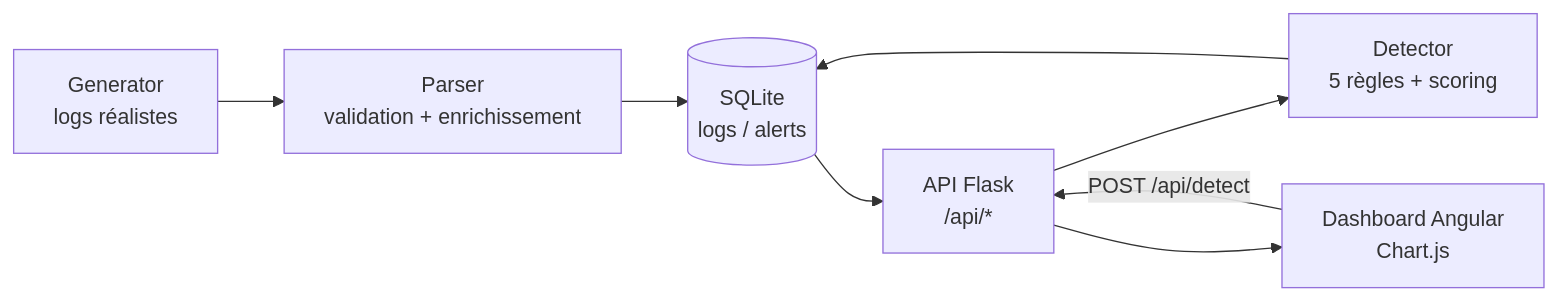
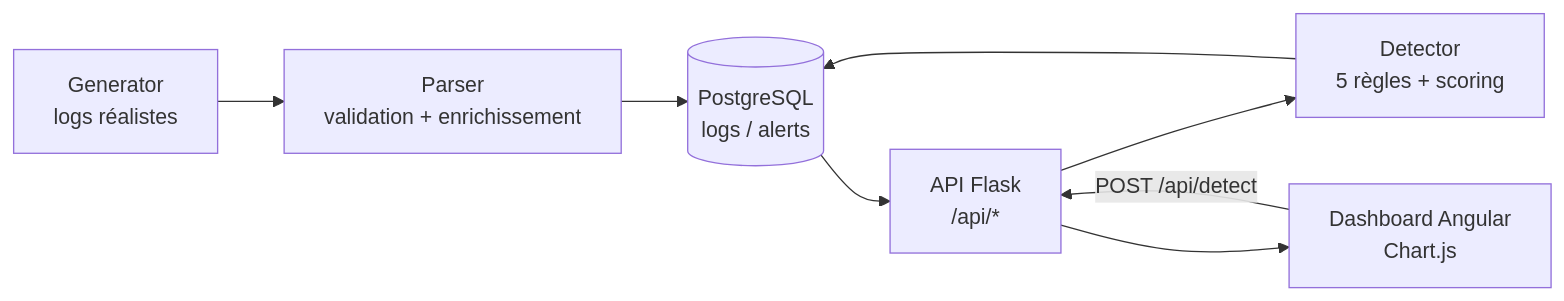
The diagram in README.md (artichautttt/siem), drawn with Mermaid before and after one commit. The commit also changed other lines of this file and 17 other files, not shown here.

````diff
--- a/README.md
+++ b/README.md
@@ -17,10 +17,10 @@
 ```mermaid
 flowchart LR
     G[Generator<br/>logs réalistes] --> P[Parser<br/>validation + enrichissement]
-    P --> DB[(SQLite<br/>logs / alerts)]
+    P --> DB[(PostgreSQL<br/>logs / alerts)]
     DB --> API[API Flask<br/>/api/*]
     API --> D[Detector<br/>5 règles + scoring]
     D --> DB
     API --> UI[Dashboard Angular<br/>Chart.js]
     UI -->|POST /api/detect| API
 ```
````
